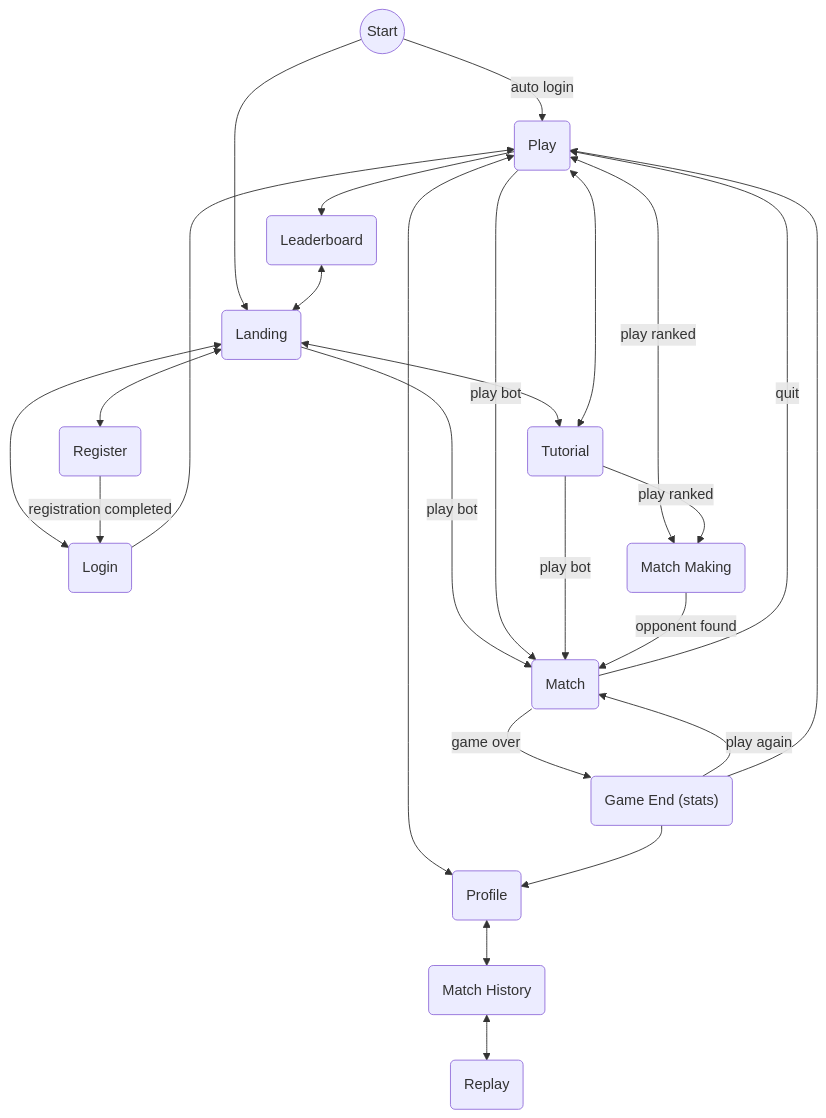
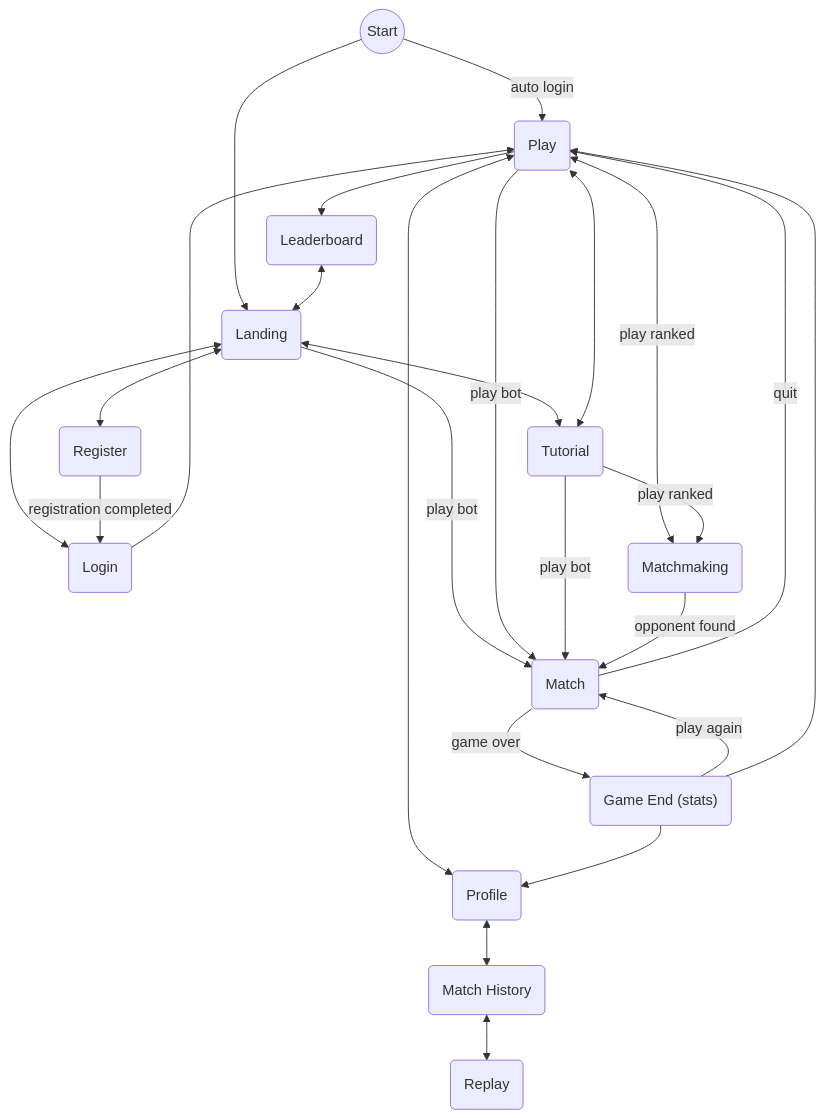
One commit to AndreaB2000/ASW-project changed the first of 7 diagrams in docs/report.md. Above: the diagram before and after it, drawn with Mermaid. The commit also changed 2 other files, not shown here.

Commit message:
feat: base loading spinner on matchmaking implemented

````diff
--- a/docs/report.md
+++ b/docs/report.md
@@ -134,27 +134,27 @@
 ```mermaid
 flowchart TD
     A@{ shape: circle, label: "Start" } -->|auto login| Play(Play)
     A@{ shape: circle, label: "Start" } --> Landing(Landing)
     Landing <--> Login(Login)
     Landing <--> Register(Register)
     Landing <--> Tutorial(Tutorial)
     Landing -->|play bot| Match
     Register -->|registration completed| Login
     Login --> Play
     Play <--> Tutorial(Tutorial)
-    Play <-->|play ranked| MatchMaking(Match Making)
+    Play <-->|play ranked| Matchmaking(Matchmaking)
     Play -->|play bot| Match
     Play <--> Profile(Profile)
-    Tutorial -->|play ranked| MatchMaking
+    Tutorial -->|play ranked| Matchmaking
     Tutorial -->|play bot| Match
-    MatchMaking -->|opponent found| Match(Match)
+    Matchmaking -->|opponent found| Match(Match)
     Match -->|quit| Play
     Match -->|game over| GameEnd("Game End (stats)")
     GameEnd -->|play again| Match
     GameEnd --> Play
     Play --> Leaderboard(Leaderboard)
     GameEnd --> Profile
     Leaderboard <--> Landing
     Profile <--> MatchHistory(Match History)
     MatchHistory <--> Replay(Replay)
 ```
````
